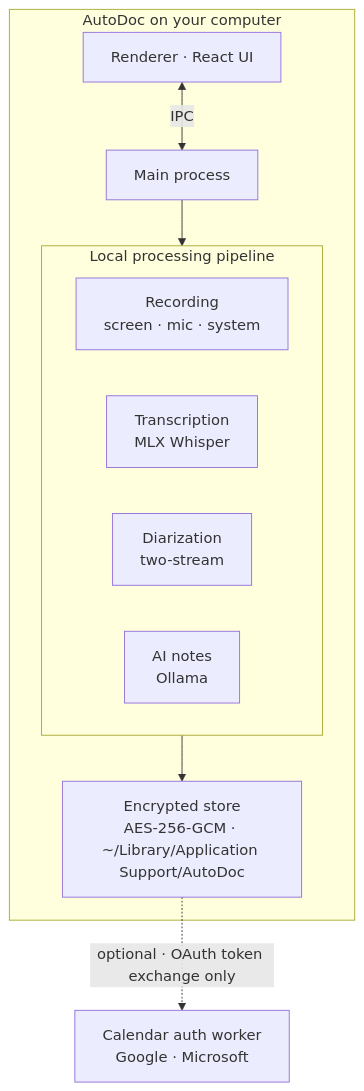
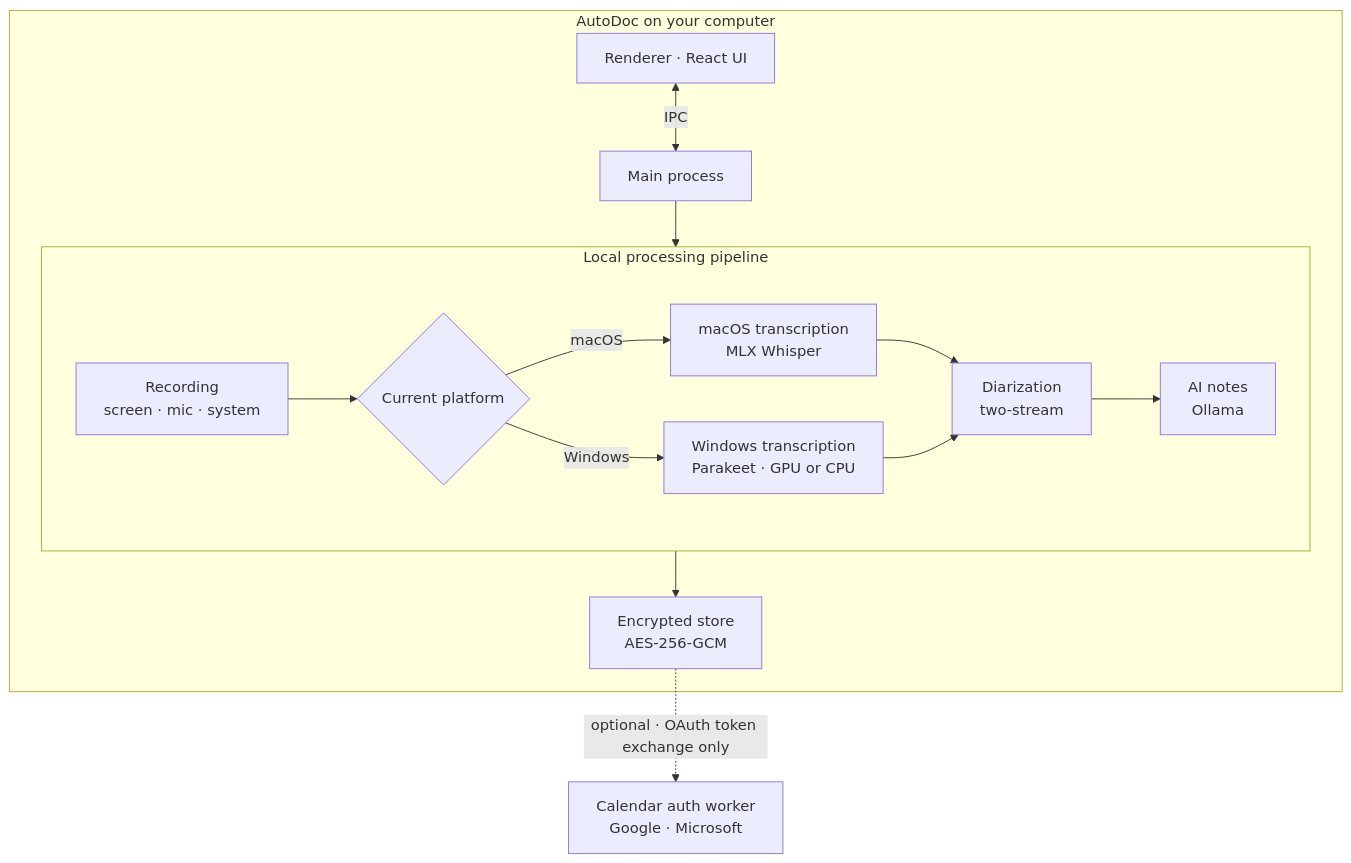
The diagram in README.md (DuetDisplay/AutoDoc), drawn with Mermaid before and after one commit. The commit also changed other lines of this file and 11 other files, not shown here.

First line of the commit message:
Document Windows support for AutoDoc 1.1.0 (#30)

````diff
--- a/README.md
+++ b/README.md
@@ -165,19 +196,27 @@
 ```mermaid
 flowchart TB
-  subgraph mac["AutoDoc on your computer"]
+  subgraph app["AutoDoc on your computer"]
     UI["Renderer · React UI"] <-->|IPC| Main["Main process"]
 
     subgraph pipeline["Local processing pipeline"]
       direction LR
       Rec["Recording<br/>screen · mic · system"]
-      Trans["Transcription<br/>MLX Whisper"]
+      Platform{"Current platform"}
+      MacTrans["macOS transcription<br/>MLX Whisper"]
+      WinTrans["Windows transcription<br/>Parakeet · GPU or CPU"]
       Diar["Diarization<br/>two-stream"]
       Notes["AI notes<br/>Ollama"]
     end
 
-    Main --> pipeline
-    pipeline --> Store["Encrypted store<br/>AES-256-GCM · ~/Library/Application Support/AutoDoc"]
+    Main --> Rec
+    Rec --> Platform
+    Platform -->|macOS| MacTrans
+    Platform -->|Windows| WinTrans
+    MacTrans --> Diar
+    WinTrans --> Diar
+    Diar --> Notes
+    Notes --> Store["Encrypted store<br/>AES-256-GCM"]
   end
 
   Store -.->|"optional · OAuth token exchange only"| Auth["Calendar auth worker<br/>Google · Microsoft"]
 ```
````
